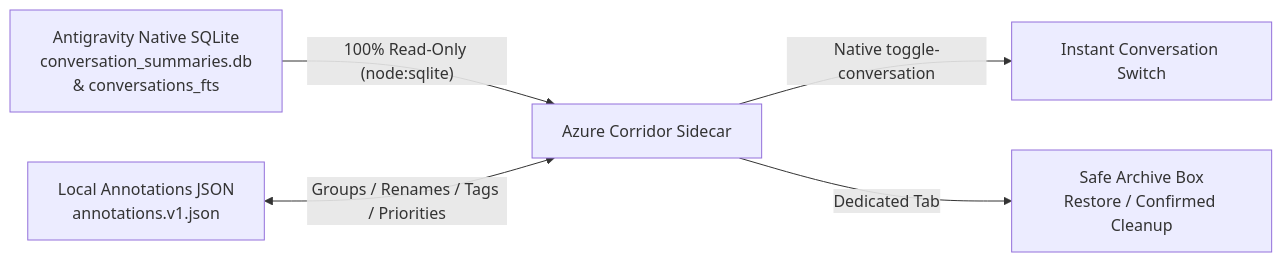
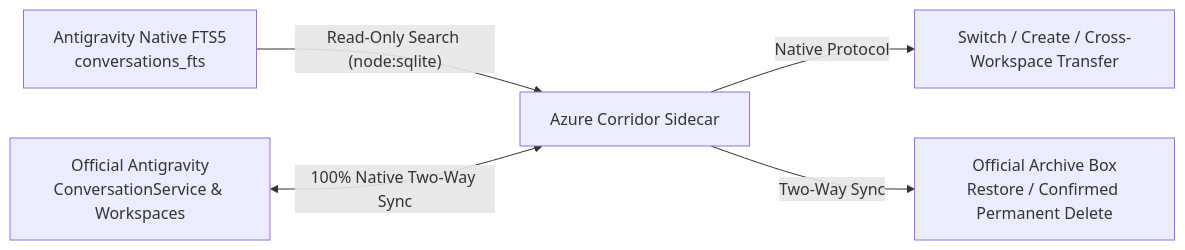
One commit to A16Nights/antigravity-azure-corridor changed the diagram in README.en.md. Above: the diagram before and after it, drawn with Mermaid. The commit also changed other lines of this file and 2 other files, not shown here.

Commit message:
chore: 适配 AGY Market 收录规范并同步文档 (v1.2.1)

````diff
--- a/README.en.md
+++ b/README.en.md
@@ -103,7 +97,7 @@
 ```mermaid
 flowchart LR
-  DB["Antigravity Native SQLite<br/>conversation_summaries.db<br/>&amp; conversations_fts"] -->|"100% Read-Only (node:sqlite)"| C["Azure Corridor Sidecar"]
-  JSON["Local Annotations JSON<br/>annotations.v1.json"] <-->|"Groups / Renames / Tags / Priorities"| C
-  C -->|"Native toggle-conversation"| AGY["Instant Conversation Switch"]
-  C -->|"Dedicated Tab"| ARC["Safe Archive Box<br/>Restore / Confirmed Cleanup"]
+  DB["Antigravity Native FTS5<br/>conversations_fts"] -->|"Read-Only Search (node:sqlite)"| C["Azure Corridor Sidecar"]
+  SVC["Official Antigravity<br/>ConversationService &amp; Workspaces"] <-->|"100% Native Two-Way Sync"| C
+  C -->|"Native Protocol"| AGY["Switch / Create / Cross-Workspace Transfer"]
+  C -->|"Two-Way Sync"| ARC["Official Archive Box<br/>Restore / Confirmed Permanent Delete"]
 ```
````
